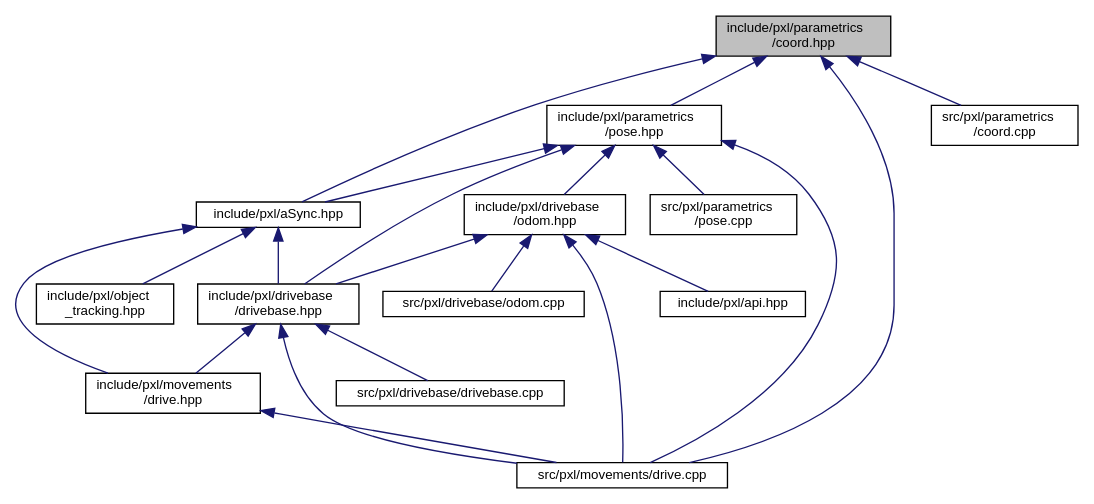
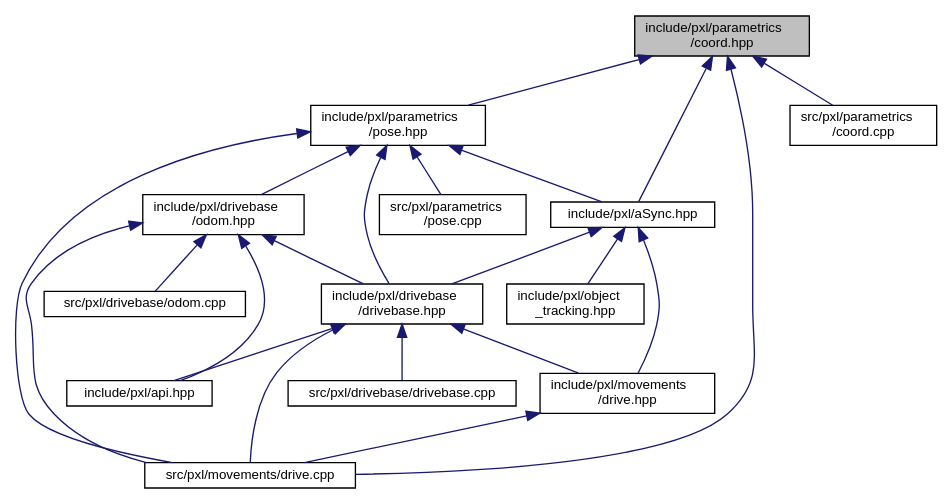
One commit to Pixel-Lib/Pixel changed the diagram in coord_8hpp__dep__incl.dot. Above: the diagram before and after it, drawn with Graphviz. The commit also changed 14 other files, not shown here.

```diff
--- a/coord_8hpp__dep__incl.dot
+++ b/coord_8hpp__dep__incl.dot
@@ -1,39 +1,40 @@
 digraph "include/pxl/parametrics/coord.hpp"
 {
  // LATEX_PDF_SIZE
   edge [fontname="Helvetica",fontsize="10",labelfontname="Helvetica",labelfontsize="10"];
   node [fontname="Helvetica",fontsize="10",shape=record];
   Node1 [label="include/pxl/parametrics\l/coord.hpp",height=0.2,width=0.4,color="black", fillcolor="grey75", style="filled", fontcolor="black",tooltip=" "];
   Node1 -> Node2 [dir="back",color="midnightblue",fontsize="10",style="solid",fontname="Helvetica"];
   Node2 [label="include/pxl/aSync.hpp",height=0.2,width=0.4,color="black", fillcolor="white", style="filled",URL="$aSync_8hpp.html",tooltip=" "];
   Node2 -> Node3 [dir="back",color="midnightblue",fontsize="10",style="solid",fontname="Helvetica"];
   Node3 [label="include/pxl/drivebase\l/drivebase.hpp",height=0.2,width=0.4,color="black", fillcolor="white", style="filled",URL="$drivebase_8hpp.html",tooltip=" "];
   Node3 -> Node4 [dir="back",color="midnightblue",fontsize="10",style="solid",fontname="Helvetica"];
-  Node4 [label="include/pxl/movements\l/drive.hpp",height=0.2,width=0.4,color="black", fillcolor="white", style="filled",URL="$drive_8hpp.html",tooltip=" "];
-  Node4 -> Node5 [dir="back",color="midnightblue",fontsize="10",style="solid",fontname="Helvetica"];
-  Node5 [label="src/pxl/movements/drive.cpp",height=0.2,width=0.4,color="black", fillcolor="white", style="filled",URL="$drive_8cpp.html",tooltip=" "];
+  Node4 [label="include/pxl/api.hpp",height=0.2,width=0.4,color="black", fillcolor="white", style="filled",URL="$api_8hpp.html",tooltip=" "];
+  Node3 -> Node5 [dir="back",color="midnightblue",fontsize="10",style="solid",fontname="Helvetica"];
+  Node5 [label="include/pxl/movements\l/drive.hpp",height=0.2,width=0.4,color="black", fillcolor="white", style="filled",URL="$drive_8hpp.html",tooltip=" "];
+  Node5 -> Node6 [dir="back",color="midnightblue",fontsize="10",style="solid",fontname="Helvetica"];
+  Node6 [label="src/pxl/movements/drive.cpp",height=0.2,width=0.4,color="black", fillcolor="white", style="filled",URL="$drive_8cpp.html",tooltip=" "];
+  Node3 -> Node7 [dir="back",color="midnightblue",fontsize="10",style="solid",fontname="Helvetica"];
+  Node7 [label="src/pxl/drivebase/drivebase.cpp",height=0.2,width=0.4,color="black", fillcolor="white", style="filled",URL="$drivebase_8cpp.html",tooltip=" "];
   Node3 -> Node6 [dir="back",color="midnightblue",fontsize="10",style="solid",fontname="Helvetica"];
-  Node6 [label="src/pxl/drivebase/drivebase.cpp",height=0.2,width=0.4,color="black", fillcolor="white", style="filled",URL="$drivebase_8cpp.html",tooltip=" "];
-  Node3 -> Node5 [dir="back",color="midnightblue",fontsize="10",style="solid",fontname="Helvetica"];
-  Node2 -> Node4 [dir="back",color="midnightblue",fontsize="10",style="solid",fontname="Helvetica"];
-  Node2 -> Node7 [dir="back",color="midnightblue",fontsize="10",style="solid",fontname="Helvetica"];
-  Node7 [label="include/pxl/object\l_tracking.hpp",height=0.2,width=0.4,color="black", fillcolor="white", style="filled",URL="$object__tracking_8hpp.html",tooltip=" "];
-  Node1 -> Node8 [dir="back",color="midnightblue",fontsize="10",style="solid",fontname="Helvetica"];
-  Node8 [label="include/pxl/parametrics\l/pose.hpp",height=0.2,width=0.4,color="black", fillcolor="white", style="filled",URL="$pose_8hpp.html",tooltip=" "];
-  Node8 -> Node2 [dir="back",color="midnightblue",fontsize="10",style="solid",fontname="Helvetica"];
-  Node8 -> Node3 [dir="back",color="midnightblue",fontsize="10",style="solid",fontname="Helvetica"];
-  Node8 -> Node9 [dir="back",color="midnightblue",fontsize="10",style="solid",fontname="Helvetica"];
-  Node9 [label="include/pxl/drivebase\l/odom.hpp",height=0.2,width=0.4,color="black", fillcolor="white", style="filled",URL="$odom_8hpp.html",tooltip=" "];
+  Node2 -> Node5 [dir="back",color="midnightblue",fontsize="10",style="solid",fontname="Helvetica"];
+  Node2 -> Node8 [dir="back",color="midnightblue",fontsize="10",style="solid",fontname="Helvetica"];
+  Node8 [label="include/pxl/object\l_tracking.hpp",height=0.2,width=0.4,color="black", fillcolor="white", style="filled",URL="$object__tracking_8hpp.html",tooltip=" "];
+  Node1 -> Node9 [dir="back",color="midnightblue",fontsize="10",style="solid",fontname="Helvetica"];
+  Node9 [label="include/pxl/parametrics\l/pose.hpp",height=0.2,width=0.4,color="black", fillcolor="white", style="filled",URL="$pose_8hpp.html",tooltip=" "];
+  Node9 -> Node2 [dir="back",color="midnightblue",fontsize="10",style="solid",fontname="Helvetica"];
+  Node9 -> Node3 [dir="back",color="midnightblue",fontsize="10",style="solid",fontname="Helvetica"];
   Node9 -> Node10 [dir="back",color="midnightblue",fontsize="10",style="solid",fontname="Helvetica"];
-  Node10 [label="include/pxl/api.hpp",height=0.2,width=0.4,color="black", fillcolor="white", style="filled",URL="$api_8hpp.html",tooltip=" "];
-  Node9 -> Node3 [dir="back",color="midnightblue",fontsize="10",style="solid",fontname="Helvetica"];
-  Node9 -> Node11 [dir="back",color="midnightblue",fontsize="10",style="solid",fontname="Helvetica"];
+  Node10 [label="include/pxl/drivebase\l/odom.hpp",height=0.2,width=0.4,color="black", fillcolor="white", style="filled",URL="$odom_8hpp.html",tooltip=" "];
+  Node10 -> Node4 [dir="back",color="midnightblue",fontsize="10",style="solid",fontname="Helvetica"];
+  Node10 -> Node3 [dir="back",color="midnightblue",fontsize="10",style="solid",fontname="Helvetica"];
+  Node10 -> Node11 [dir="back",color="midnightblue",fontsize="10",style="solid",fontname="Helvetica"];
   Node11 [label="src/pxl/drivebase/odom.cpp",height=0.2,width=0.4,color="black", fillcolor="white", style="filled",URL="$odom_8cpp.html",tooltip=" "];
-  Node9 -> Node5 [dir="back",color="midnightblue",fontsize="10",style="solid",fontname="Helvetica"];
-  Node8 -> Node5 [dir="back",color="midnightblue",fontsize="10",style="solid",fontname="Helvetica"];
-  Node8 -> Node12 [dir="back",color="midnightblue",fontsize="10",style="solid",fontname="Helvetica"];
+  Node10 -> Node6 [dir="back",color="midnightblue",fontsize="10",style="solid",fontname="Helvetica"];
+  Node9 -> Node6 [dir="back",color="midnightblue",fontsize="10",style="solid",fontname="Helvetica"];
+  Node9 -> Node12 [dir="back",color="midnightblue",fontsize="10",style="solid",fontname="Helvetica"];
   Node12 [label="src/pxl/parametrics\l/pose.cpp",height=0.2,width=0.4,color="black", fillcolor="white", style="filled",URL="$pose_8cpp.html",tooltip=" "];
-  Node1 -> Node5 [dir="back",color="midnightblue",fontsize="10",style="solid",fontname="Helvetica"];
+  Node1 -> Node6 [dir="back",color="midnightblue",fontsize="10",style="solid",fontname="Helvetica"];
   Node1 -> Node13 [dir="back",color="midnightblue",fontsize="10",style="solid",fontname="Helvetica"];
   Node13 [label="src/pxl/parametrics\l/coord.cpp",height=0.2,width=0.4,color="black", fillcolor="white", style="filled",URL="$coord_8cpp.html",tooltip=" "];
 }
```
